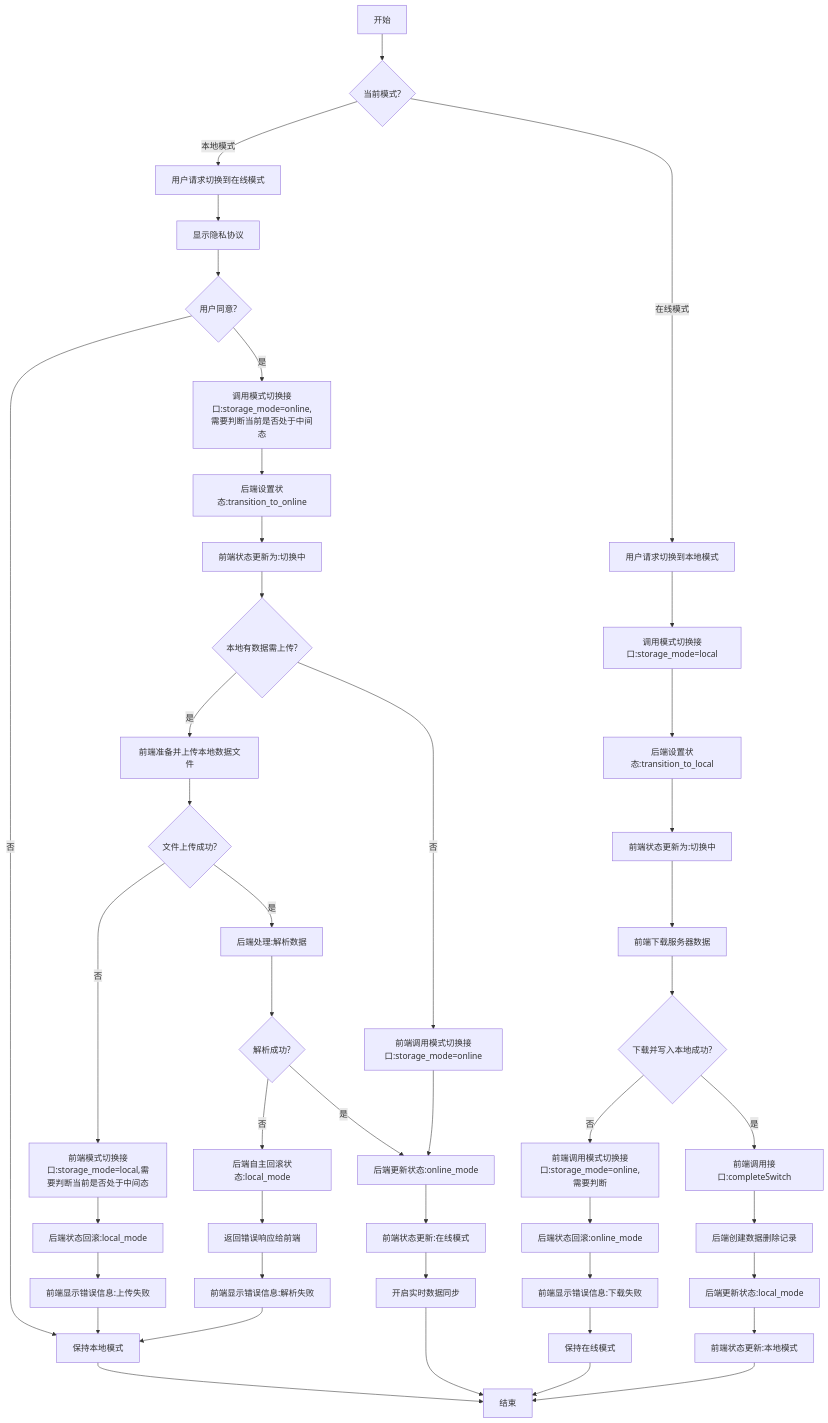
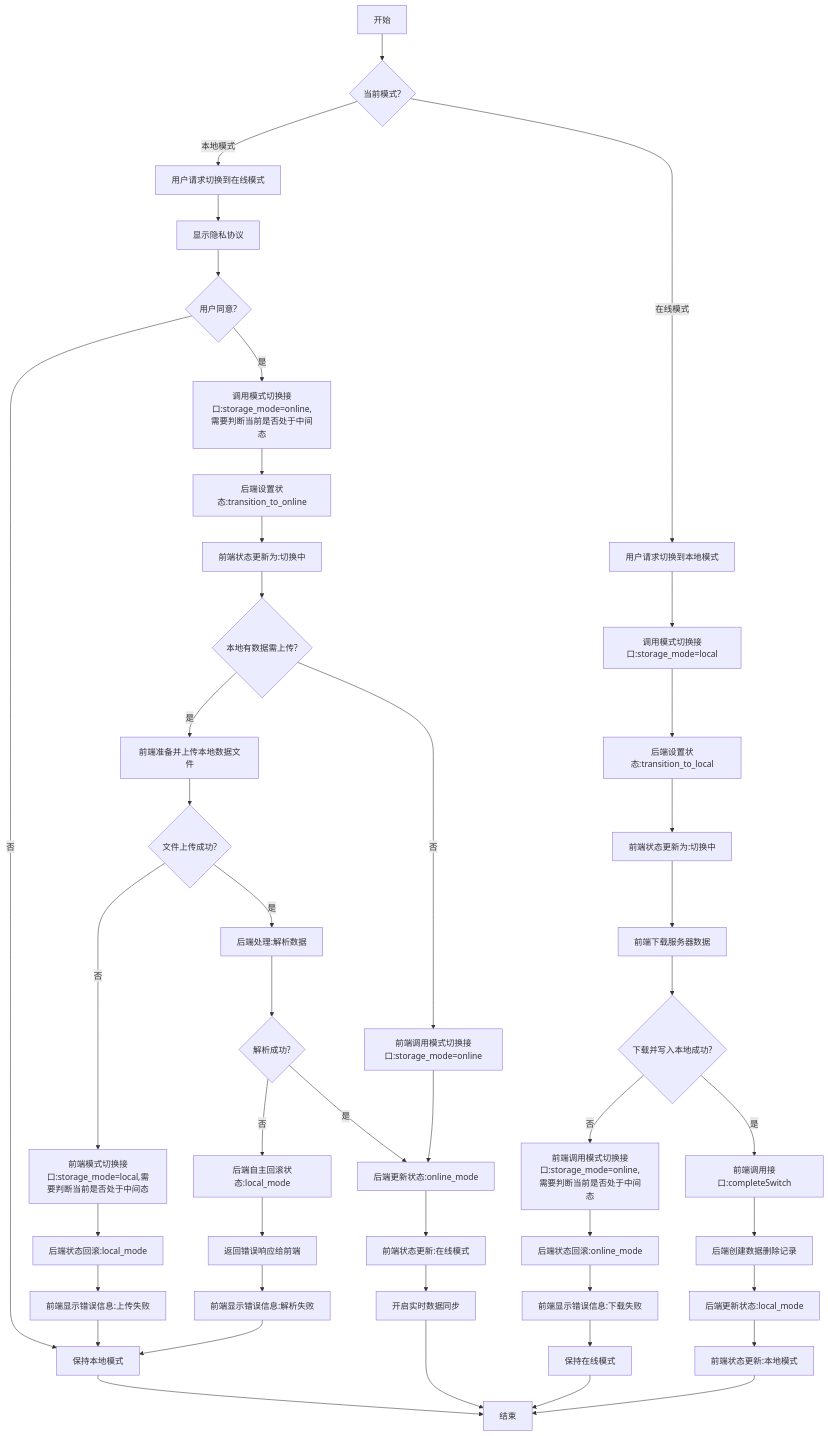
Before and after one commit to yingjianzh/iodraw-files: the diagram in all/未命名-58.md, drawn with Mermaid.

Commit message:
2025-05-14 10:48:03 update

````diff
--- a/all/未命名-58.md
+++ b/all/未命名-58.md
@@ -1,68 +1,68 @@
 ```mermaid
 flowchart TD
     A[开始] --> B{当前模式?}
     
     %% 本地模式转在线模式
     B -->|本地模式| C[用户请求切换到在线模式]
     C --> D[显示隐私协议]
     D --> E{用户同意?}
 
     E -->|否| F[保持本地模式]
     F --> Z[结束]
     
     E -->|是| G[调用模式切换接口:storage_mode=online,需要判断当前是否处于中间态]
     G --> H[后端设置状态:transition_to_online]
     H --> I[前端状态更新为:切换中]
     
     I --> J{本地有数据需上传?}
     
     %% 有本地数据需上传的情况
     J -->|是| K[前端准备并上传本地数据文件]
     K --> L{文件上传成功?}
     
     %% 上传失败的情况
     L -->|否| M[前端模式切换接口:storage_mode=local,需要判断当前是否处于中间态]
     M --> N[后端状态回滚:local_mode]
     N --> O[前端显示错误信息:上传失败]
     O --> F
     
     %% 上传成功但解析失败的情况
     L -->|是| P[后端处理:解析数据]
     P --> Q{解析成功?}
     Q -->|否| R[后端自主回滚状态:local_mode]
     R --> S[返回错误响应给前端]
     S --> T[前端显示错误信息:解析失败]
     T --> F
     
     %% 全部成功的情况
     Q -->|是| U[后端更新状态:online_mode]
     J -->|否| V[前端调用模式切换接口:storage_mode=online]
     V --> U
     
     U --> W[前端状态更新:在线模式]
     W --> X[开启实时数据同步]
     X --> Z
     
     %% 在线模式转本地模式
     B -->|在线模式| AA[用户请求切换到本地模式]
     AA --> AB[调用模式切换接口:storage_mode=local]
     AB --> AC[后端设置状态:transition_to_local]
     AC --> AD[前端状态更新为:切换中]
     
     AD --> AE[前端下载服务器数据]
     AE --> AF{下载并写入本地成功?}
     
     %% 下载失败的情况
-    AF -->|否| AG[前端调用模式切换接口:storage_mode=online,需要判断]
+    AF -->|否| AG[前端调用模式切换接口:storage_mode=online,需要判断当前是否处于中间态]
     AG --> AH[后端状态回滚:online_mode]
     AH --> AI[前端显示错误信息:下载失败]
     AI --> AJ[保持在线模式]
     AJ --> Z
     
     %% 下载成功的情况
     AF -->|是| AK[前端调用接口:completeSwitch]
     AK --> AL[后端创建数据删除记录]
     AL --> AM[后端更新状态:local_mode]
     AM --> AN[前端状态更新:本地模式]
     AN --> Z
 ```
````
